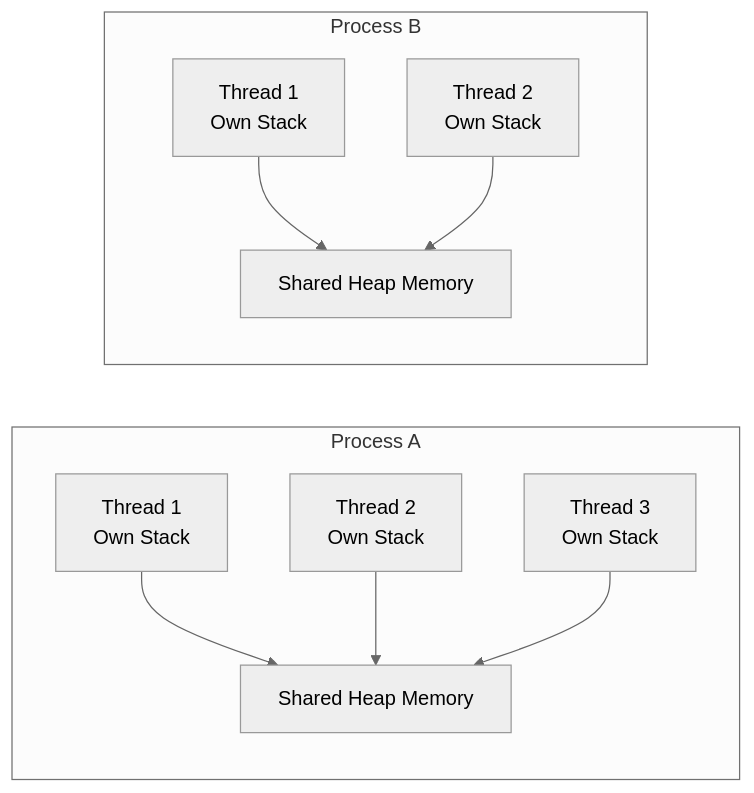
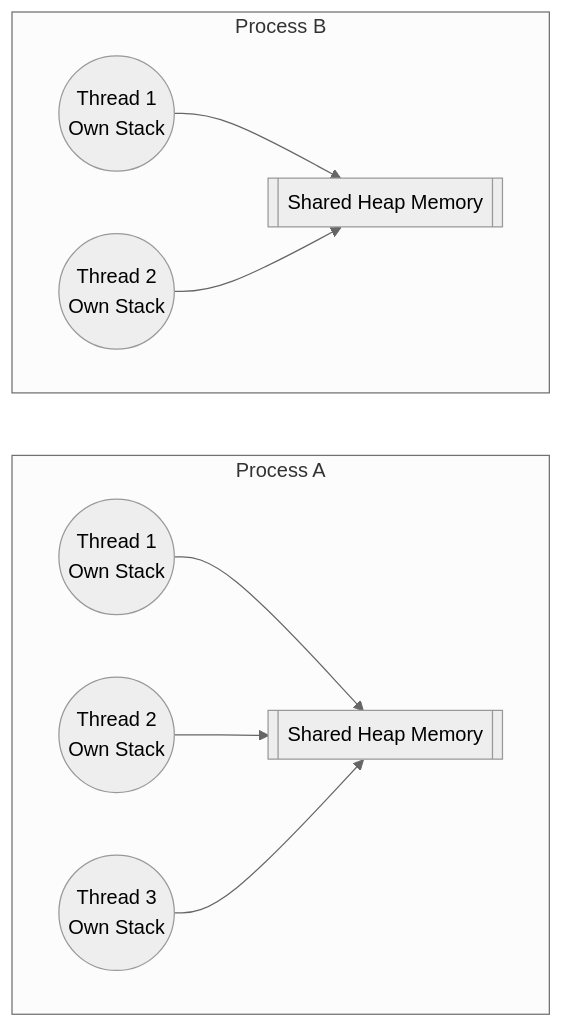
Before and after one commit to saivamsikaruturi/vamsilabs-dev-notes-main: the first of 9 diagrams in docs/java/MultiThreading.md, drawn with Mermaid (neutral theme). The commit also changed other lines of this file and 146 other files, not shown here.

Commit message:
Horizontal diagrams, UML class diagrams, typography overhaul, and permalink cleanup

````diff
--- a/docs/java/MultiThreading.md
+++ b/docs/java/MultiThreading.md
@@ -11,21 +11,21 @@
 ```mermaid
-graph LR
+flowchart LR
     subgraph Process A
-        direction TB
-        A_HEAP[Shared Heap Memory]
-        A_T1[Thread 1<br/>Own Stack]
-        A_T2[Thread 2<br/>Own Stack]
-        A_T3[Thread 3<br/>Own Stack]
+        direction LR
+        A_HEAP[["Shared Heap Memory"]]
+        A_T1(("Thread 1<br/>Own Stack"))
+        A_T2(("Thread 2<br/>Own Stack"))
+        A_T3(("Thread 3<br/>Own Stack"))
         A_T1 --> A_HEAP
         A_T2 --> A_HEAP
         A_T3 --> A_HEAP
     end
     subgraph Process B
-        direction TB
-        B_HEAP[Shared Heap Memory]
-        B_T1[Thread 1<br/>Own Stack]
-        B_T2[Thread 2<br/>Own Stack]
+        direction LR
+        B_HEAP[["Shared Heap Memory"]]
+        B_T1(("Thread 1<br/>Own Stack"))
+        B_T2(("Thread 2<br/>Own Stack"))
         B_T1 --> B_HEAP
         B_T2 --> B_HEAP
     end
 ```
````
